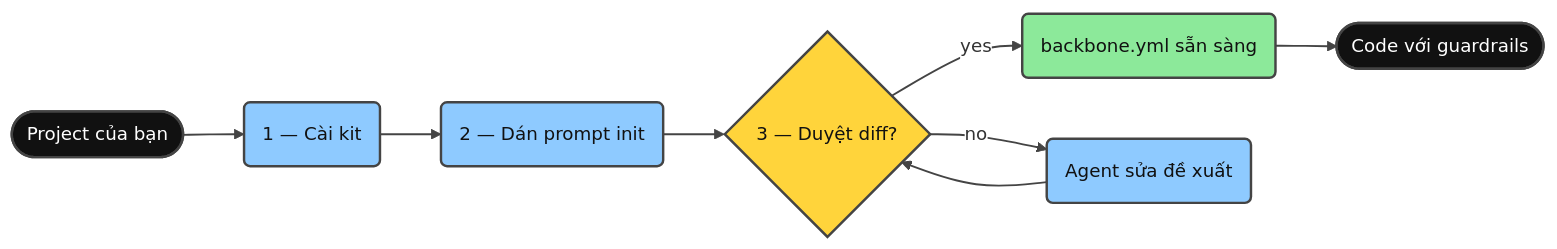
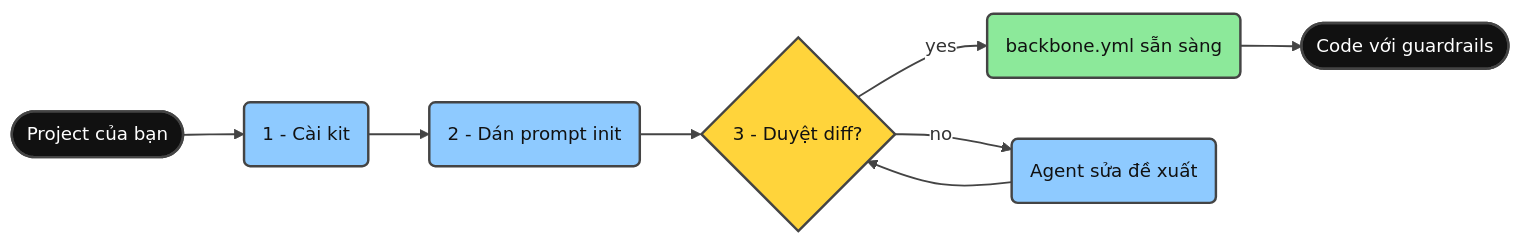
Before and after one commit to giang6283623/minimal-vibe-coding-kit: the first of 8 diagrams in docs/README.vi.md, drawn with Mermaid. The commit also changed other lines of this file and 579 other files, not shown here.

````diff
--- a/docs/README.vi.md
+++ b/docs/README.vi.md
@@ -40,31 +40,31 @@
 ```mermaid
 ---
 config:
   theme: base
   themeVariables:
     fontFamily: cascadia mono, consolas, noto sans mono, menlo, monospace
     fontSize: 15px
     lineColor: "#444444"
     textColor: "#111111"
     edgeLabelBackground: "#FFFFFF"
 ---
 flowchart LR
-    Start([Project của bạn]) --> Install("1 — Cài kit")
-    Install --> Paste("2 — Dán prompt init")
-    Paste --> Review{"3 — Duyệt diff?"}
+    Start([Project của bạn]) --> Install("1 - Cài kit")
+    Install --> Paste("2 - Dán prompt init")
+    Paste --> Review{"3 - Duyệt diff?"}
     Review -->|yes| Ready("backbone.yml sẵn sàng")
     Review -->|no| Revise("Agent sửa đề xuất")
     Revise --> Review
     Ready --> Done([Code với guardrails])
 
     classDef terminal fill:#111111,stroke:#444444,stroke-width:2px,color:#FFFFFF
     classDef step fill:#8ECAFF,stroke:#444444,stroke-width:2px,color:#111111
     classDef decision fill:#FFD43B,stroke:#444444,stroke-width:2px,color:#111111
     classDef success fill:#8CE99A,stroke:#444444,stroke-width:2px,color:#111111
     linkStyle default stroke:#444444,stroke-width:1.5px
 
     class Start,Done terminal
     class Install,Paste,Revise step
     class Review decision
     class Ready success
 ```
````
